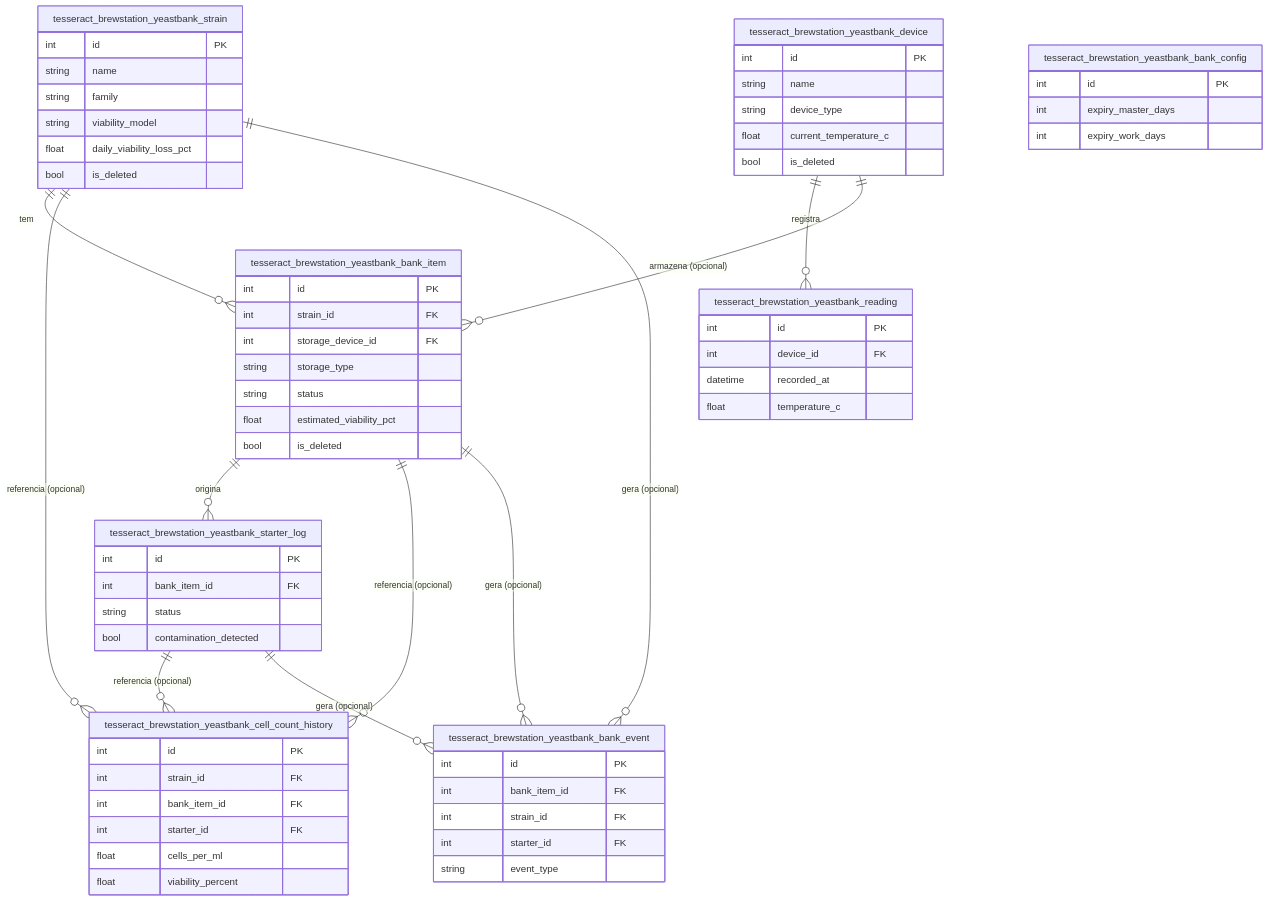
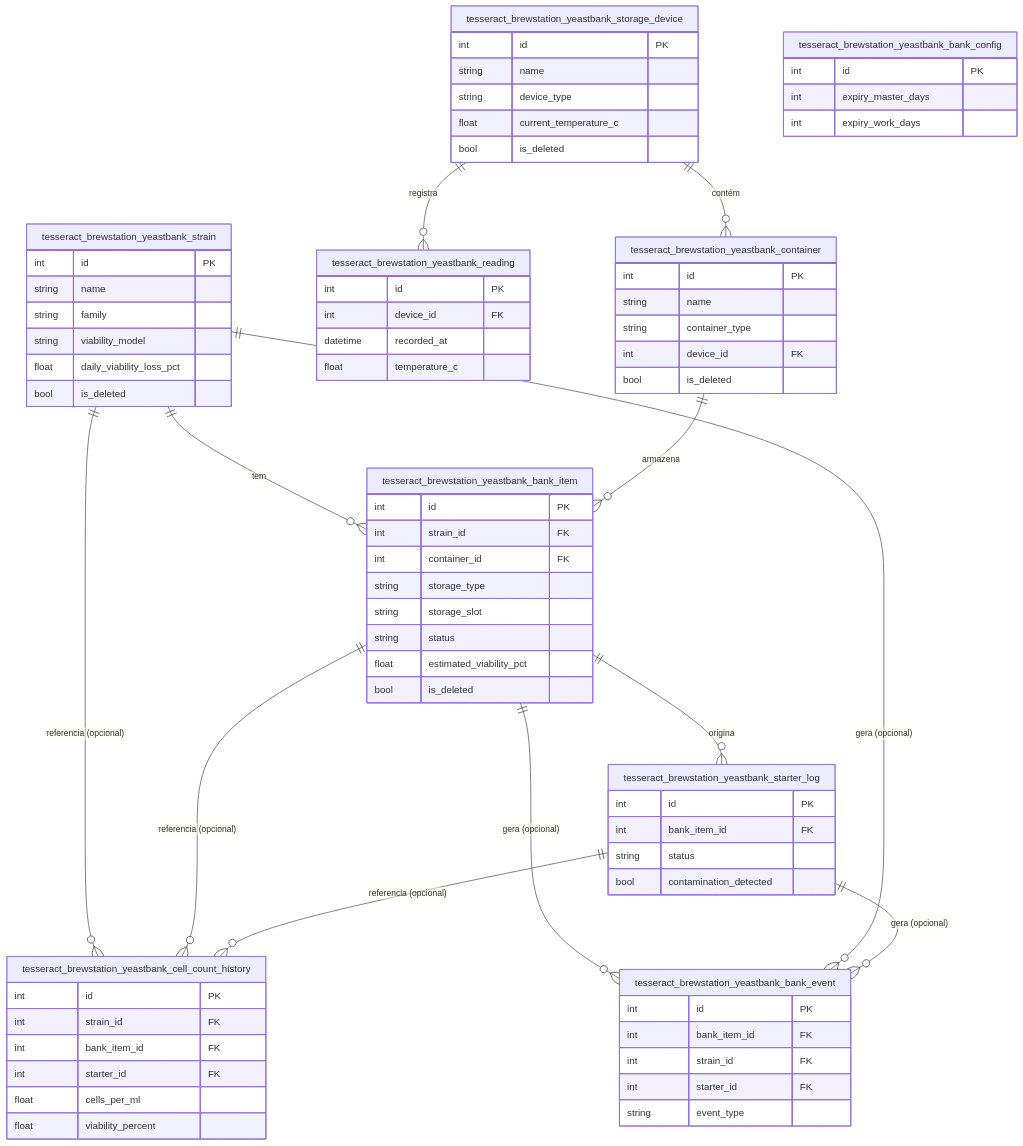
Before and after one commit to ChristopherNicolasSMM/Tesseract: the diagram in addons/addon_brewstation/features/feature_yeast_bank/docs/technical/04-modelo-de-dados.md, drawn with Mermaid. The commit also changed other lines of this file and 27 other files, not shown here.

First line of the commit message:
feat(yeast_bank): implementa entidade Container (skill 19)

````diff
--- a/addons/addon_brewstation/features/feature_yeast_bank/docs/technical/04-modelo-de-dados.md
+++ b/addons/addon_brewstation/features/feature_yeast_bank/docs/technical/04-modelo-de-dados.md
@@ -6,70 +16,79 @@
 ```mermaid
 erDiagram
     tesseract_brewstation_yeastbank_strain ||--o{ tesseract_brewstation_yeastbank_bank_item : "tem"
-    tesseract_brewstation_yeastbank_device ||--o{ tesseract_brewstation_yeastbank_reading : "registra"
-    tesseract_brewstation_yeastbank_device ||--o{ tesseract_brewstation_yeastbank_bank_item : "armazena (opcional)"
+    tesseract_brewstation_yeastbank_storage_device ||--o{ tesseract_brewstation_yeastbank_reading : "registra"
+    tesseract_brewstation_yeastbank_storage_device ||--o{ tesseract_brewstation_yeastbank_container : "contém"
+    tesseract_brewstation_yeastbank_container ||--o{ tesseract_brewstation_yeastbank_bank_item : "armazena"
     tesseract_brewstation_yeastbank_bank_item ||--o{ tesseract_brewstation_yeastbank_starter_log : "origina"
     tesseract_brewstation_yeastbank_strain ||--o{ tesseract_brewstation_yeastbank_cell_count_history : "referencia (opcional)"
     tesseract_brewstation_yeastbank_bank_item ||--o{ tesseract_brewstation_yeastbank_cell_count_history : "referencia (opcional)"
     tesseract_brewstation_yeastbank_starter_log ||--o{ tesseract_brewstation_yeastbank_cell_count_history : "referencia (opcional)"
     tesseract_brewstation_yeastbank_bank_item ||--o{ tesseract_brewstation_yeastbank_bank_event : "gera (opcional)"
     tesseract_brewstation_yeastbank_strain ||--o{ tesseract_brewstation_yeastbank_bank_event : "gera (opcional)"
     tesseract_brewstation_yeastbank_starter_log ||--o{ tesseract_brewstation_yeastbank_bank_event : "gera (opcional)"
 
     tesseract_brewstation_yeastbank_strain {
         int id PK
         string name
         string family
         string viability_model
         float daily_viability_loss_pct
         bool is_deleted
     }
-    tesseract_brewstation_yeastbank_device {
+    tesseract_brewstation_yeastbank_storage_device {
         int id PK
         string name
         string device_type
         float current_temperature_c
         bool is_deleted
     }
     tesseract_brewstation_yeastbank_reading {
         int id PK
         int device_id FK
         datetime recorded_at
         float temperature_c
     }
+    tesseract_brewstation_yeastbank_container {
+        int id PK
+        string name
+        string container_type
+        int device_id FK
+        bool is_deleted
+    }
     tesseract_brewstation_yeastbank_bank_item {
         int id PK
         int strain_id FK
-        int storage_device_id FK
+        int container_id FK
         string storage_type
+        string storage_slot
         string status
         float estimated_viability_pct
         bool is_deleted
     }
     tesseract_brewstation_yeastbank_starter_log {
         int id PK
         int bank_item_id FK
         string status
         bool contamination_detected
     }
     tesseract_brewstation_yeastbank_cell_count_history {
         int id PK
         int strain_id FK
         int bank_item_id FK
         int starter_id FK
         float cells_per_ml
         float viability_percent
     }
     tesseract_brewstation_yeastbank_bank_event {
         int id PK
         int bank_item_id FK
         int strain_id FK
         int starter_id FK
         string event_type
     }
     tesseract_brewstation_yeastbank_bank_config {
         int id PK
         int expiry_master_days
         int expiry_work_days
     }
 ```
````
